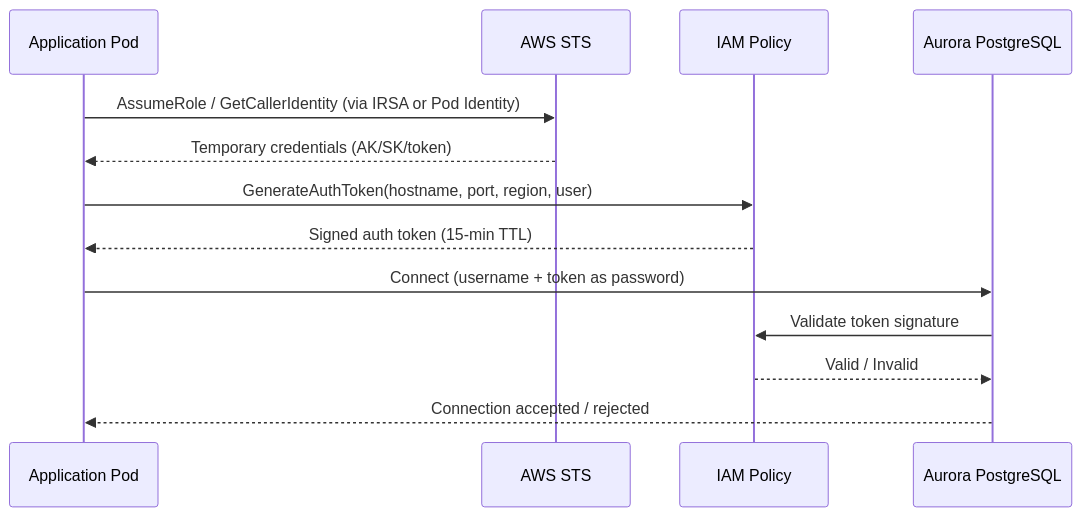
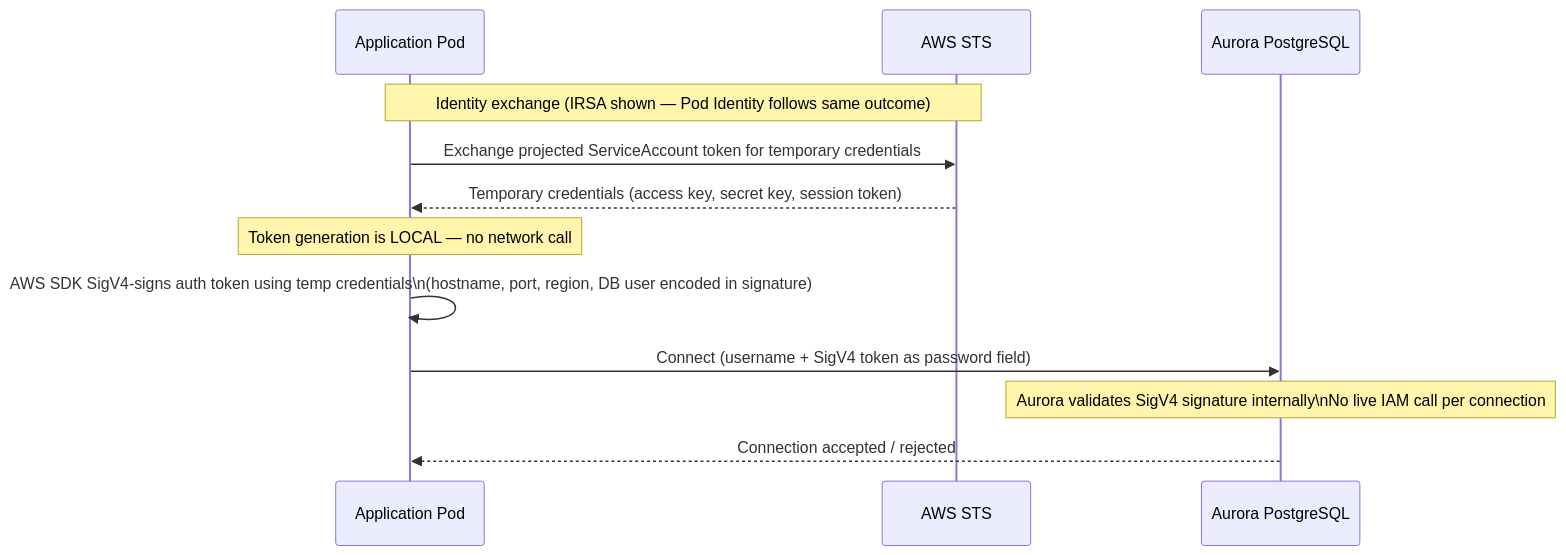
One commit to SaschaMoellering/acmecorp-platform changed the first of 3 diagrams in docs/episodes/episode-09/episode-09-aurora-iam-auth.md. Above: the diagram before and after it, drawn with Mermaid. The commit also changed other lines of this file and 16 other files, not shown here.

````diff
--- a/docs/episodes/episode-09/episode-09-aurora-iam-auth.md
+++ b/docs/episodes/episode-09/episode-09-aurora-iam-auth.md
@@ -21,16 +21,18 @@
 ```mermaid
 sequenceDiagram
     participant Pod as Application Pod
     participant STS as AWS STS
-    participant IAM as IAM Policy
     participant Aurora as Aurora PostgreSQL
 
-    Pod->>STS: AssumeRole / GetCallerIdentity (via IRSA or Pod Identity)
-    STS-->>Pod: Temporary credentials (AK/SK/token)
-    Pod->>IAM: GenerateAuthToken(hostname, port, region, user)
-    IAM-->>Pod: Signed auth token (15-min TTL)
-    Pod->>Aurora: Connect (username + token as password)
-    Aurora->>IAM: Validate token signature
-    IAM-->>Aurora: Valid / Invalid
+    Note over Pod,STS: Identity exchange (IRSA shown — Pod Identity follows same outcome)
+    Pod->>STS: Exchange projected ServiceAccount token for temporary credentials
+    STS-->>Pod: Temporary credentials (access key, secret key, session token)
+
+    Note over Pod: Token generation is LOCAL — no network call
+    Pod->>Pod: AWS SDK SigV4-signs auth token using temp credentials\n(hostname, port, region, DB user encoded in signature)
+
+    Pod->>Aurora: Connect (username + SigV4 token as password field)
+
+    Note over Aurora: Aurora validates SigV4 signature internally\nNo live IAM call per connection
     Aurora-->>Pod: Connection accepted / rejected
 ```
````
